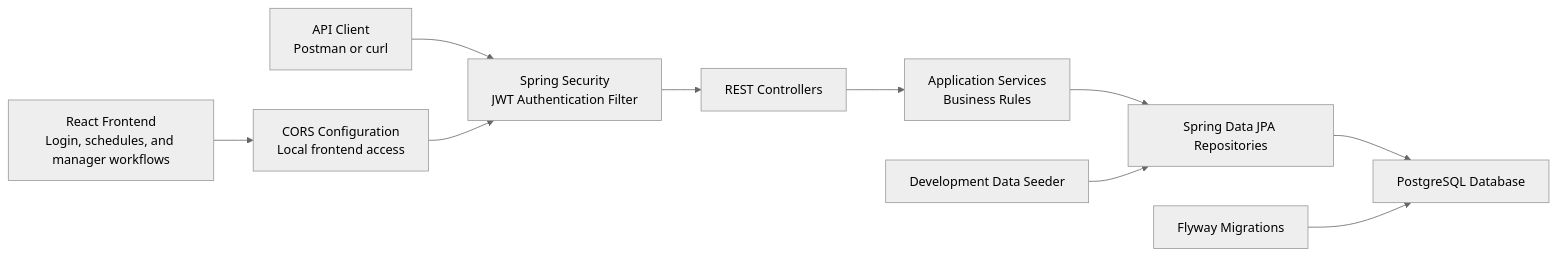
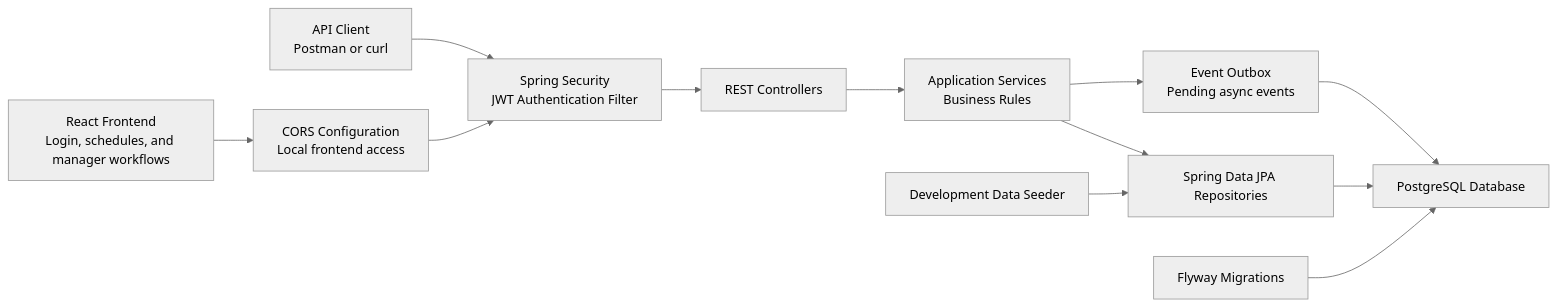
The first of 15 diagrams in docs/current-backend-architecture.md (HiliMor/shift-management-system), drawn with Mermaid (neutral theme) before and after one commit. The commit also changed other lines of this file and 11 other files, not shown here.

Commit message:
Notifications: add event outbox for schedule publication

````diff
--- a/docs/current-backend-architecture.md
+++ b/docs/current-backend-architecture.md
@@ -9,23 +9,26 @@
 ```mermaid
 flowchart LR
     react["React Frontend<br/>Login, schedules, and manager workflows"]
     apiClient["API Client<br/>Postman or curl"]
     security["Spring Security<br/>JWT Authentication Filter"]
     cors["CORS Configuration<br/>Local frontend access"]
     controllers["REST Controllers"]
     services["Application Services<br/>Business Rules"]
+    outbox["Event Outbox<br/>Pending async events"]
     repositories["Spring Data JPA Repositories"]
     database["PostgreSQL Database"]
     flyway["Flyway Migrations"]
     seed["Development Data Seeder"]
 
     react --> cors
     apiClient --> security
     cors --> security
     security --> controllers
     controllers --> services
+    services --> outbox
     services --> repositories
+    outbox --> database
     repositories --> database
     flyway --> database
     seed --> repositories
 ```
````
